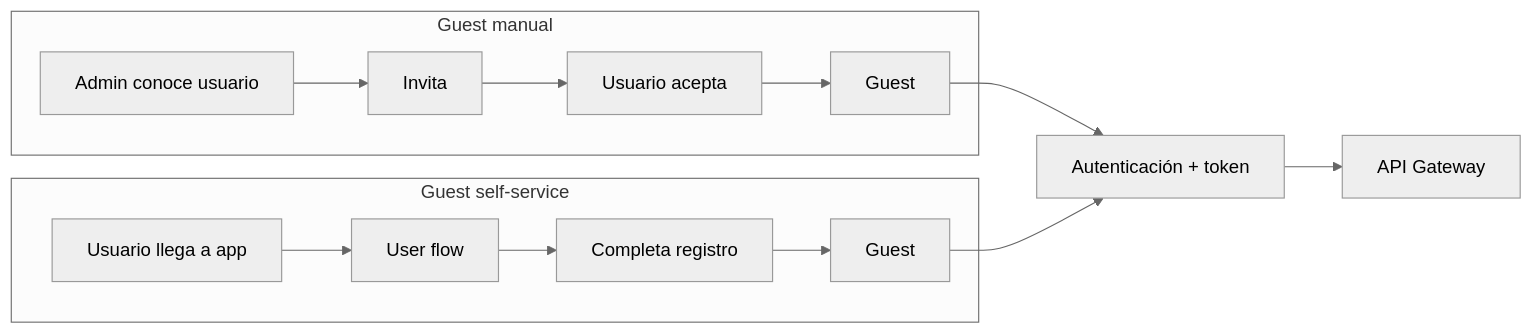
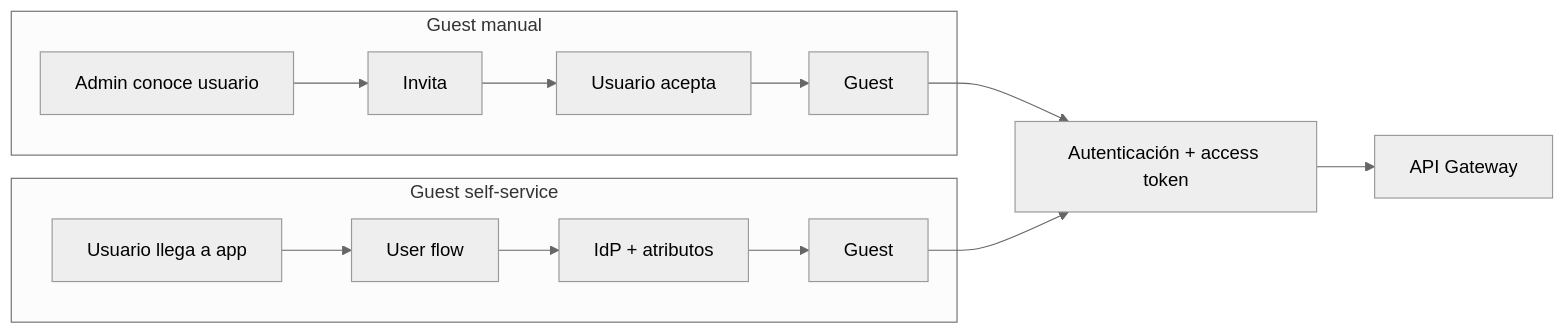
Before and after one commit to cmartinezs/DSY1107-DESARROLLO-CLOUD-NATIVE-I-2026-2: the fifth of 6 diagrams in docs/identity/entra-guia-completa/04e-self-service-pruebas-troubleshooting.md, drawn with Mermaid (neutral theme). The commit also changed other lines of this file, not shown here.

````diff
--- a/docs/identity/entra-guia-completa/04e-self-service-pruebas-troubleshooting.md
+++ b/docs/identity/entra-guia-completa/04e-self-service-pruebas-troubleshooting.md
@@ -40,18 +268,18 @@
 ```mermaid
 flowchart LR
     subgraph MANUAL[Guest manual]
         A1[Admin conoce usuario] --> A2[Invita]
         A2 --> A3[Usuario acepta]
         A3 --> A4[Guest]
     end
 
     subgraph SELF[Guest self-service]
         B1[Usuario llega a app] --> B2[User flow]
-        B2 --> B3[Completa registro]
+        B2 --> B3[IdP + atributos]
         B3 --> B4[Guest]
     end
 
-    A4 --> TOKEN[Autenticación + token]
+    A4 --> TOKEN[Autenticación + access token]
     B4 --> TOKEN
     TOKEN --> GW[API Gateway]
 ```
````
